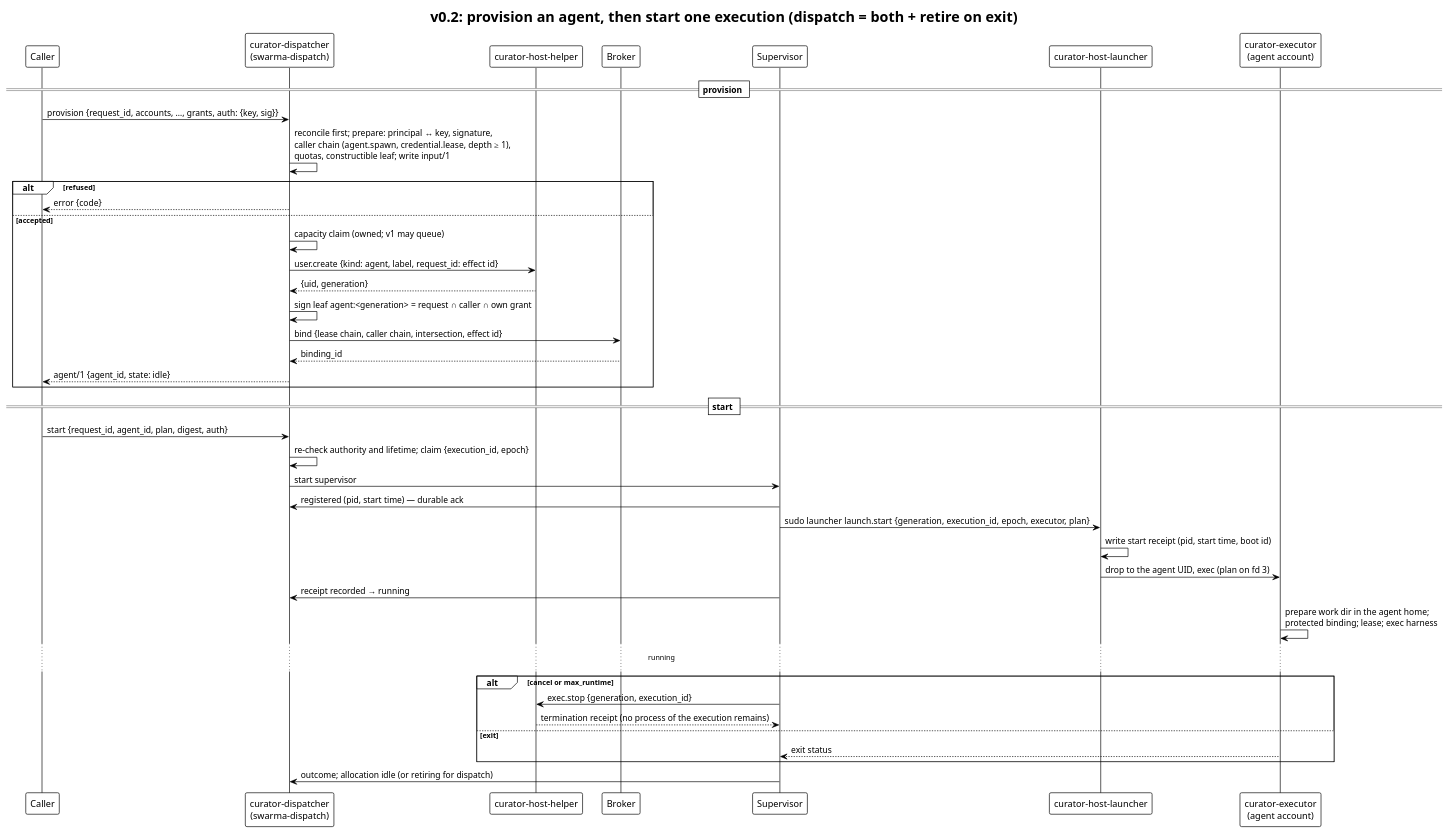
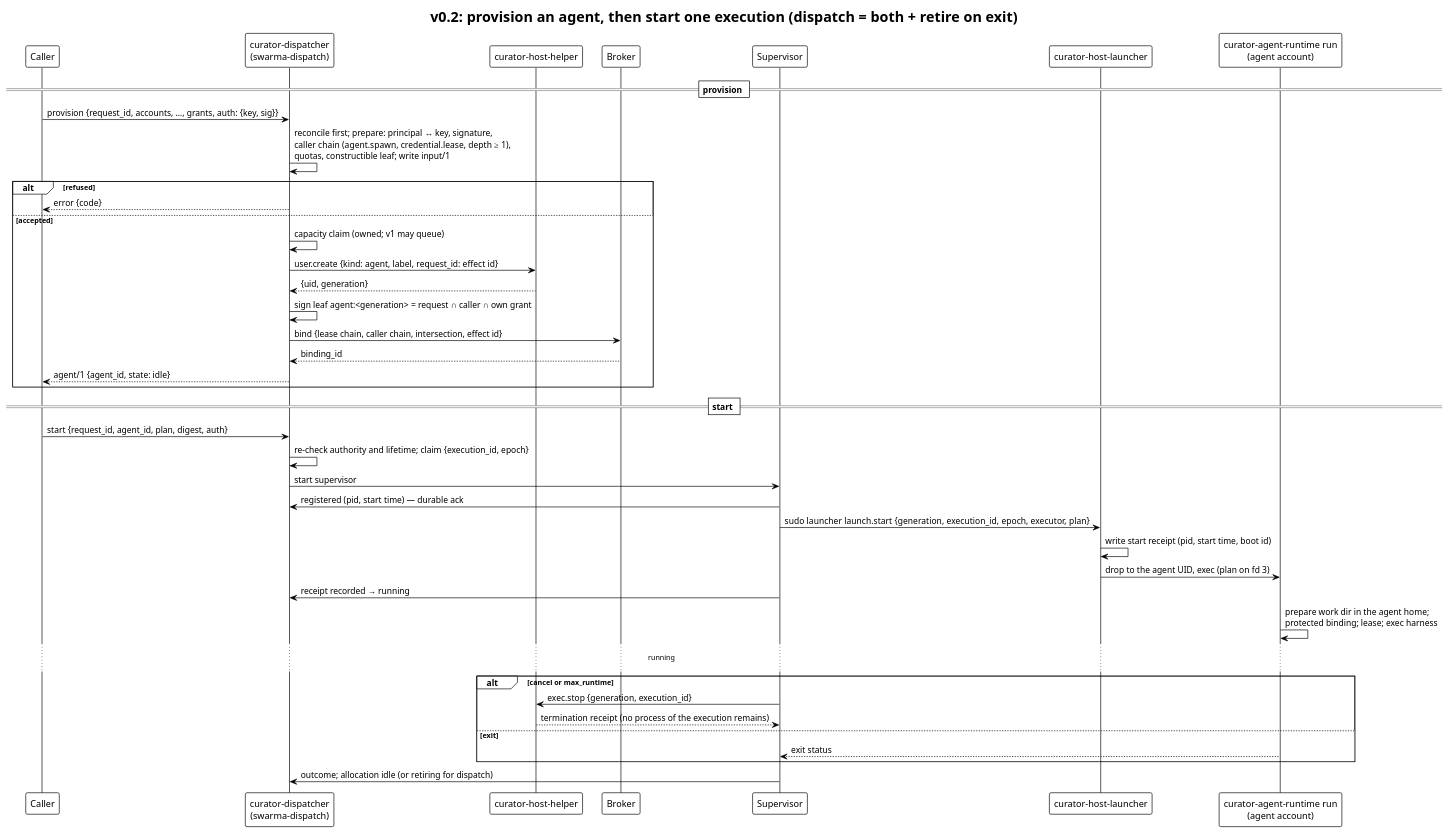
The diagram in diagrams/dispatch-lifecycle.puml (relux-works/curator-dispatcher), drawn with PlantUML before and after one commit. The commit also changed 2 other files, not shown here.

Commit message:
Name the agent-side program curator-agent-runtime (run and hold modes), owner decision 2026-10-10

```diff
--- a/diagrams/dispatch-lifecycle.puml
+++ b/diagrams/dispatch-lifecycle.puml
@@ -1,45 +1,45 @@
 @startuml dispatch-lifecycle
 !theme plain
 title v0.2: provision an agent, then start one execution (dispatch = both + retire on exit)
 
 participant "Caller" as C
 participant "curator-dispatcher\n(swarma-dispatch)" as D
 participant "curator-host-helper" as H
 participant "Broker" as B
 participant "Supervisor" as S
 participant "curator-host-launcher" as L
-participant "curator-executor\n(agent account)" as E
+participant "curator-agent-runtime run\n(agent account)" as E
 
 == provision ==
 C -> D : provision {request_id, accounts, …, grants, auth: {key, sig}}
 D -> D : reconcile first; prepare: principal ↔ key, signature,\ncaller chain (agent.spawn, credential.lease, depth ≥ 1),\nquotas, constructible leaf; write input/1
 alt refused
   D --> C : error {code}
 else accepted
   D -> D : capacity claim (owned; v1 may queue)
   D -> H : user.create {kind: agent, label, request_id: effect id}
   H --> D : {uid, generation}
   D -> D : sign leaf agent:<generation> = request ∩ caller ∩ own grant
   D -> B : bind {lease chain, caller chain, intersection, effect id}
   B --> D : binding_id
   D --> C : agent/1 {agent_id, state: idle}
 end
 == start ==
 C -> D : start {request_id, agent_id, plan, digest, auth}
 D -> D : re-check authority and lifetime; claim {execution_id, epoch}
 D -> S : start supervisor
 S -> D : registered (pid, start time) — durable ack
 S -> L : sudo launcher  launch.start {generation, execution_id, epoch, executor, plan}
 L -> L : write start receipt (pid, start time, boot id)
 L -> E : drop to the agent UID, exec (plan on fd 3)
 S -> D : receipt recorded → running
 E -> E : prepare work dir in the agent home;\nprotected binding; lease; exec harness
 ... running ...
 alt cancel or max_runtime
   S -> H : exec.stop {generation, execution_id}
   H --> S : termination receipt (no process of the execution remains)
 else exit
   E --> S : exit status
 end
 S -> D : outcome; allocation idle (or retiring for dispatch)
 @enduml
```
